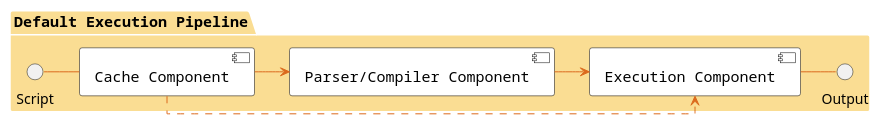
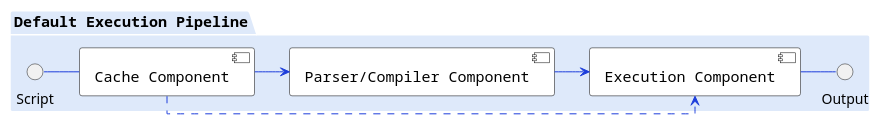
The diagram in SimpleflowDiagram.puml (navtech-io/Simpleflow), drawn with PlantUML before and after one commit. The commit also changed 1 other file, not shown here.

```diff
--- a/SimpleflowDiagram.puml
+++ b/SimpleflowDiagram.puml
@@ -1,31 +1,31 @@
 @startuml Simpleflow
 
 skinparam linetype ortho
 
 skinparam component {
   FontSize 15
   FontName Courier
   BorderColor black
   BackgroundColor white
   ArrowFontName Impact
-  ArrowColor #db691d
+  ArrowColor #1d3ddb
 }
 
 skinparam package {
   FontSize 15
   FontName Courier
   BorderColor white
-  BackgroundColor #fadd93
+  BackgroundColor #dee9fa
   ArrowFontName Impact
   
 }
 
 package "Default Execution Pipeline"  {
     Script -right- [Cache Component]
     [Cache Component] -right-> [Parser/Compiler Component]
     [Cache Component] .right.> [Execution Component]  
     [Parser/Compiler Component] -right-> [Execution Component] 
 
     [Execution Component] - Output
 }
 @enduml    
```
